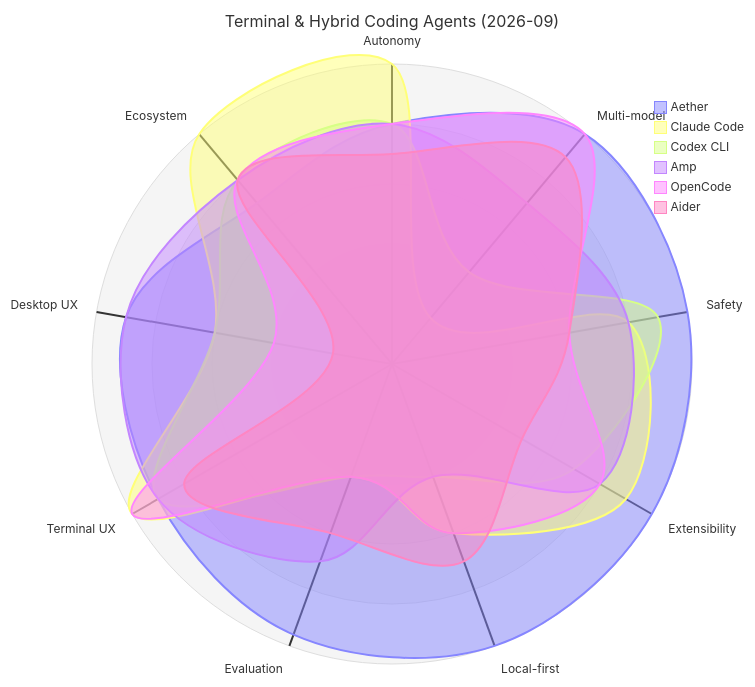
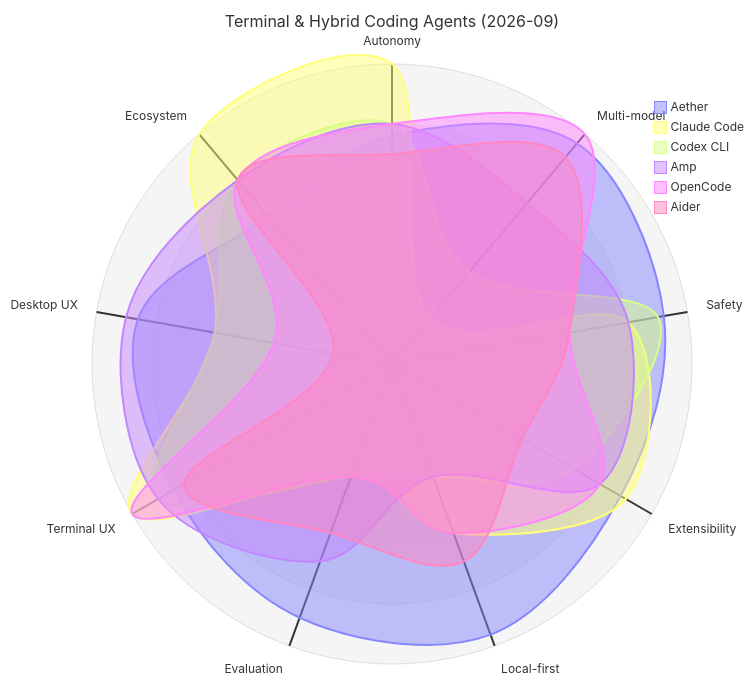
One commit to TQSY114514/Aether changed the first of 3 diagrams in docs/competitive-analysis.md. Above: the diagram before and after it, drawn with Mermaid. The commit also changed other lines of this file and 21 other files, not shown here.

````diff
--- a/docs/competitive-analysis.md
+++ b/docs/competitive-analysis.md
@@ -63,13 +63,13 @@
 ```mermaid
 radar-beta
   title Terminal & Hybrid Coding Agents (2026-09)
   axis aut["Autonomy"], mm["Multi-model"], saf["Safety"], ext["Extensibility"], loc["Local-first"], eva["Evaluation"], tux["Terminal UX"], dux["Desktop UX"], eco["Ecosystem"]
-  curve aether["Aether"]{4.0, 5.0, 5.0, 5.0, 5.0, 4.8, 4.5, 4.5, 3.5}
+  curve aether["Aether"]{3.8, 4.8, 4.6, 4.4, 4.8, 4.5, 4.2, 4.3, 3.2}
   curve claude["Claude Code"]{5.0, 1.0, 4.0, 4.5, 3.0, 2.0, 5.0, 3.0, 5.0}
   curve codex["Codex CLI"]{4.0, 2.0, 4.5, 3.5, 2.0, 2.0, 4.5, 3.0, 4.0}
   curve amp["Amp"]{4.0, 3.5, 4.0, 4.0, 2.0, 3.5, 4.5, 4.5, 4.0}
   curve opencode["OpenCode"]{4.0, 5.0, 3.0, 4.0, 3.0, 2.0, 5.0, 2.0, 4.0}
   curve aider["Aider"]{3.5, 4.5, 3.0, 2.5, 3.5, 3.0, 4.0, 1.0, 4.0}
   max 5
   min 0
 ```
````
